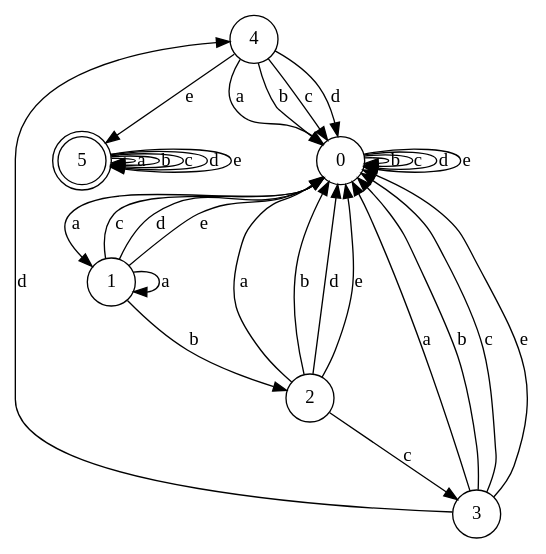
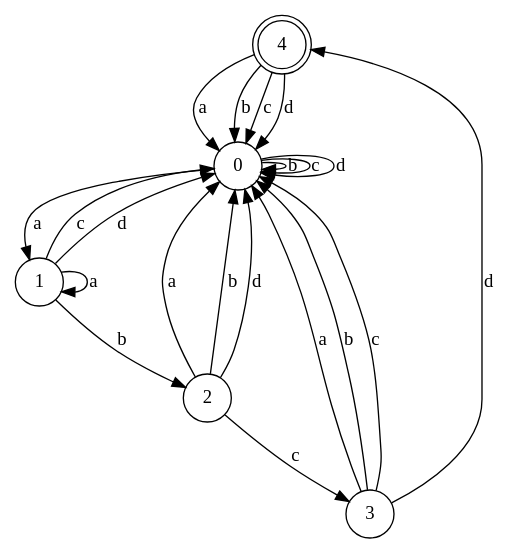
Before and after one commit to BilelAvans/FormMeth: the diagram in Storage/JPEG/abcd.gv, drawn with Graphviz. The commit also changed 14 other files, not shown here.

```diff
--- a/Storage/JPEG/abcd.gv
+++ b/Storage/JPEG/abcd.gv
@@ -1,34 +1,24 @@
 digraph { 
-node [shape = doublecircle]; 5 ;
+node [shape = doublecircle]; 4 ;
 node [shape = circle]; 
 0 -> 1 [ label="a", weigth="0.6"]; 
 0 -> 0 [ label="b", weigth="0.6"]; 
 0 -> 0 [ label="c", weigth="0.6"]; 
 0 -> 0 [ label="d", weigth="0.6"]; 
-0 -> 0 [ label="e", weigth="0.6"]; 
 1 -> 2 [ label="b", weigth="0.6"]; 
 1 -> 1 [ label="a", weigth="0.6"]; 
 1 -> 0 [ label="c", weigth="0.6"]; 
 1 -> 0 [ label="d", weigth="0.6"]; 
-1 -> 0 [ label="e", weigth="0.6"]; 
 2 -> 3 [ label="c", weigth="0.6"]; 
 2 -> 0 [ label="a", weigth="0.6"]; 
 2 -> 0 [ label="b", weigth="0.6"]; 
 2 -> 0 [ label="d", weigth="0.6"]; 
-2 -> 0 [ label="e", weigth="0.6"]; 
 3 -> 4 [ label="d", weigth="0.6"]; 
 3 -> 0 [ label="a", weigth="0.6"]; 
 3 -> 0 [ label="b", weigth="0.6"]; 
 3 -> 0 [ label="c", weigth="0.6"]; 
-3 -> 0 [ label="e", weigth="0.6"]; 
-4 -> 5 [ label="e", weigth="0.6"]; 
 4 -> 0 [ label="a", weigth="0.6"]; 
 4 -> 0 [ label="b", weigth="0.6"]; 
 4 -> 0 [ label="c", weigth="0.6"]; 
 4 -> 0 [ label="d", weigth="0.6"]; 
-5 -> 5 [ label="a", weigth="0.6"]; 
-5 -> 5 [ label="b", weigth="0.6"]; 
-5 -> 5 [ label="c", weigth="0.6"]; 
-5 -> 5 [ label="d", weigth="0.6"]; 
-5 -> 5 [ label="e", weigth="0.6"]; 
 }
```
